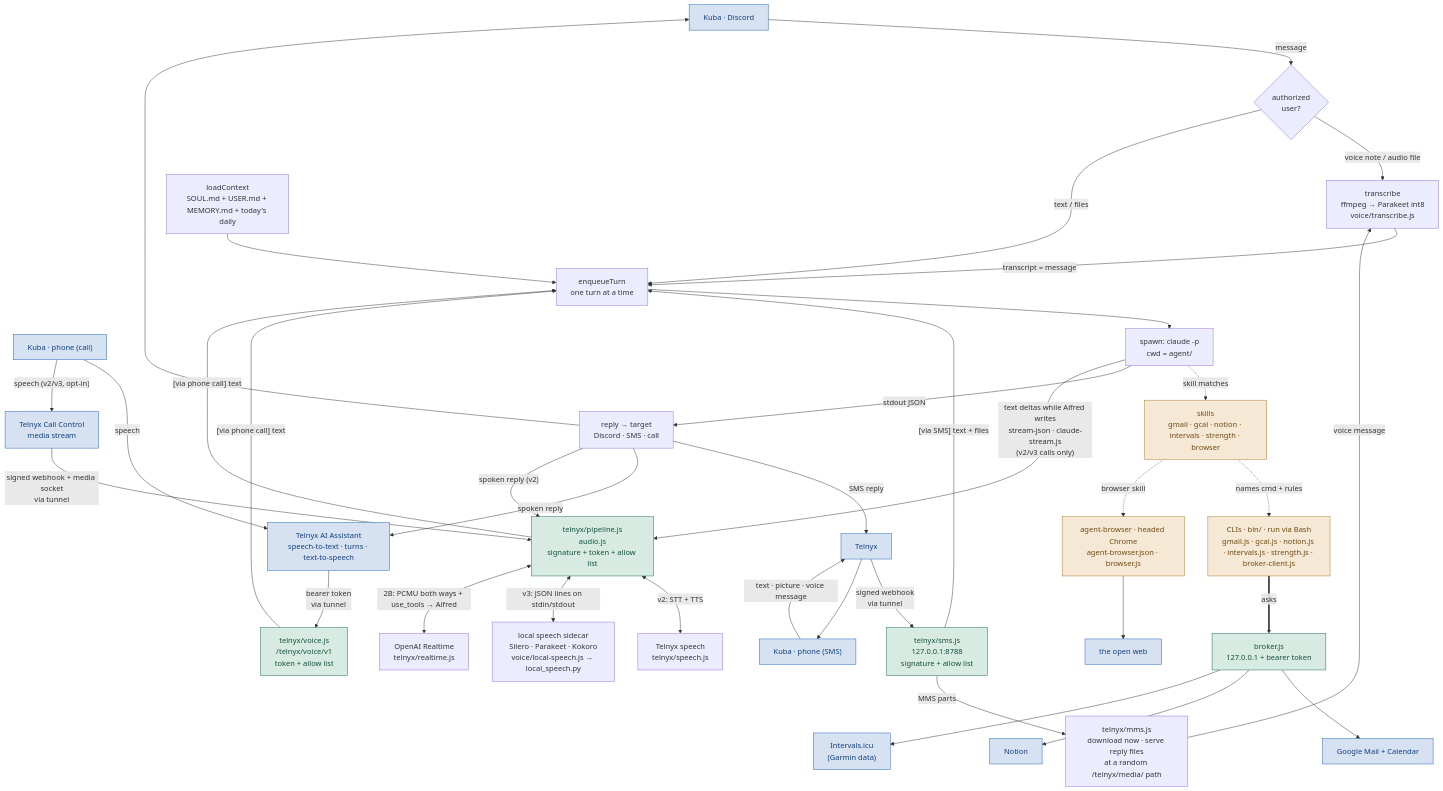
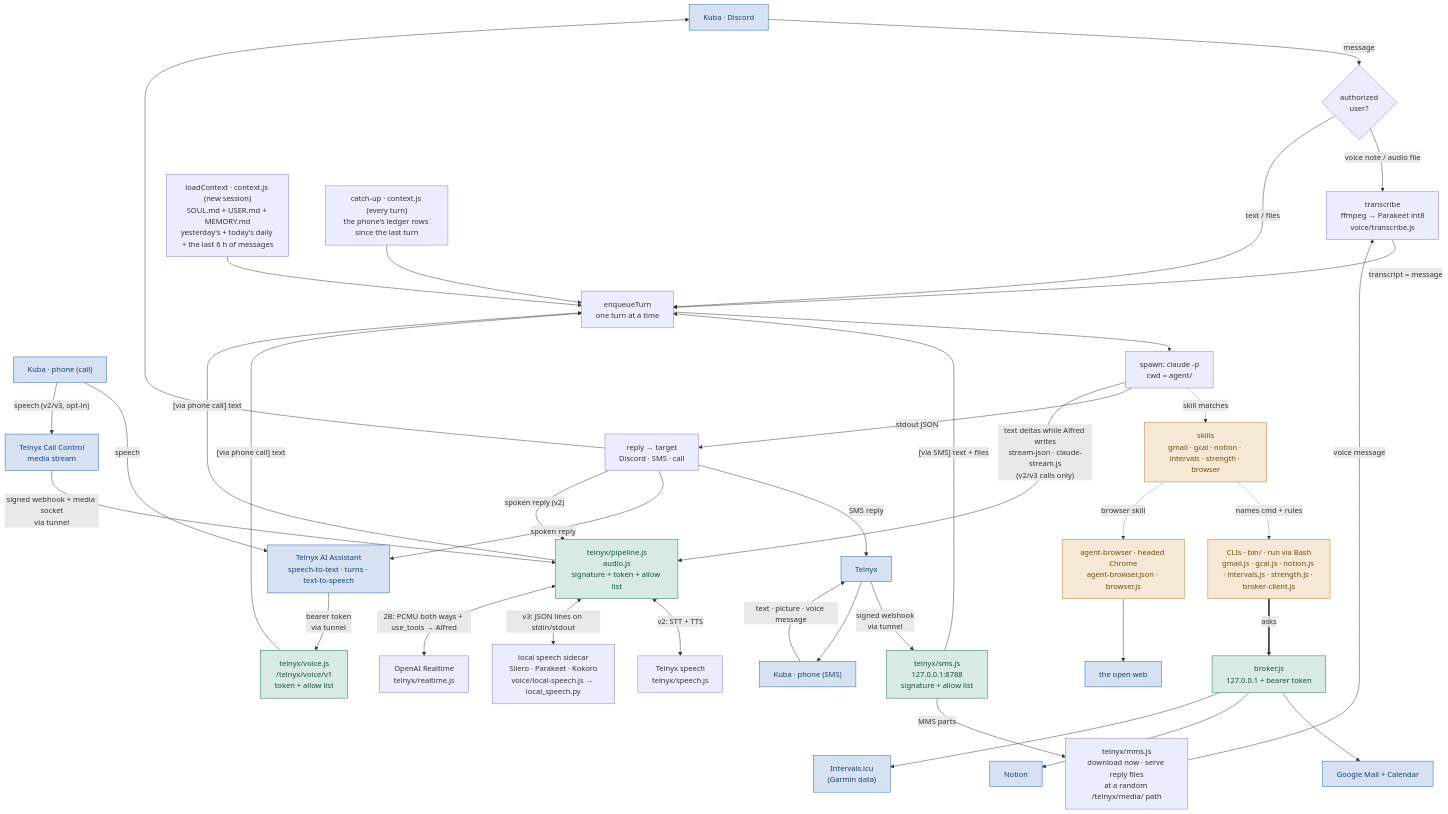
Before and after one commit to KubaJerz/alfred-node: the first of 7 diagrams in SYSTEM-MAP.md, drawn with Mermaid. The commit also changed other lines of this file and 8 other files, not shown here.

````diff
--- a/SYSTEM-MAP.md
+++ b/SYSTEM-MAP.md
@@ -57,44 +57,45 @@
 ```mermaid
 flowchart TD
     U["Kuba · Discord"] -->|message| GATE{"authorized<br/>user?"}
     GATE -->|"voice note / audio file"| TR["transcribe<br/>ffmpeg → Parakeet int8<br/>voice/transcribe.js"]
     TR -->|"transcript = message"| Q
     GATE -->|"text / files"| Q["enqueueTurn<br/>one turn at a time"]
     PH["Kuba · phone (SMS)"] -->|"text · picture · voice message"| TX["Telnyx"]
     TX -->|"signed webhook<br/>via tunnel"| WH["telnyx/sms.js<br/>127.0.0.1:8788<br/>signature + allow list"]
     WH -->|"MMS parts"| MM["telnyx/mms.js<br/>download now · serve reply files<br/>at a random /telnyx/media/ path"]
     MM -->|"voice message"| TR
     WH -->|"[via SMS] text + files"| Q
     CALL["Kuba · phone (call)"] -->|speech| VA["Telnyx AI Assistant<br/>speech-to-text · turns · text-to-speech"]
     VA -->|"bearer token<br/>via tunnel"| VR["telnyx/voice.js<br/>/telnyx/voice/v1<br/>token + allow list"]
     VR -->|"[via phone call] text"| Q
     CALL -->|"speech (v2/v3, opt-in)"| CC["Telnyx Call Control<br/>media stream"]
     CC -->|"signed webhook + media socket<br/>via tunnel"| VP["telnyx/pipeline.js<br/>audio.js<br/>signature + token + allow list"]
     VP -->|"[via phone call] text"| Q
     VP <-->|"v2: STT + TTS"| TS["Telnyx speech<br/>telnyx/speech.js"]
     VP <-->|"v3: JSON lines on stdin/stdout"| LS["local speech sidecar<br/>Silero · Parakeet · Kokoro<br/>voice/local-speech.js → local_speech.py"]
     VP <-->|"2B: PCMU both ways + use_tools → Alfred"| OA["OpenAI Realtime<br/>telnyx/realtime.js"]
-    CTX["loadContext<br/>SOUL.md + USER.md + MEMORY.md + today's daily"] --> Q
+    CTX["loadContext · context.js (new session)<br/>SOUL.md + USER.md + MEMORY.md<br/>yesterday's + today's daily + the last 6 h of messages"] --> Q
+    CU["catch-up · context.js (every turn)<br/>the phone's ledger rows since the last turn"] --> Q
     Q --> SPAWN["spawn: claude -p<br/>cwd = agent/"]
     SPAWN -.->|"skill matches"| SK["skills<br/>gmail · gcal · notion · intervals · strength · browser"]
     SK -.->|"names cmd + rules"| CLIS["CLIs · bin/ · run via Bash<br/>gmail.js · gcal.js · notion.js · intervals.js · strength.js · broker-client.js"]
     CLIS ==>|"asks"| BR["broker.js<br/>127.0.0.1 + bearer token"]
     BR --> G["Google Mail + Calendar"]
     BR --> N["Notion"]
     BR --> I["Intervals.icu<br/>(Garmin data)"]
     SK -.->|"browser skill"| AB["agent-browser · headed Chrome<br/>agent-browser.json · browser.js"]
     AB --> WEB["the open web"]
     SPAWN -->|"stdout JSON"| R["reply → target<br/>Discord · SMS · call"]
     R --> U
     R -->|"SMS reply"| TX
     R -->|"spoken reply"| VA
     R -->|"spoken reply (v2)"| VP
     SPAWN -->|"text deltas while Alfred writes<br/>stream-json · claude-stream.js<br/>(v2/v3 calls only)"| VP
     TX --> PH
     classDef external fill:#d6e2f2,stroke:#1f5fb8,color:#123f7d
     classDef gateway fill:#d8ebe2,stroke:#1b6b52,color:#12503c
     classDef stack fill:#f5e8d5,stroke:#b07a2a,color:#6e4a12
     class U,G,N,I,WEB,PH,TX,CALL,VA,CC external
     class BR,WH,VR,VP gateway
     class SK,CLIS,AB stack
 ```
````
